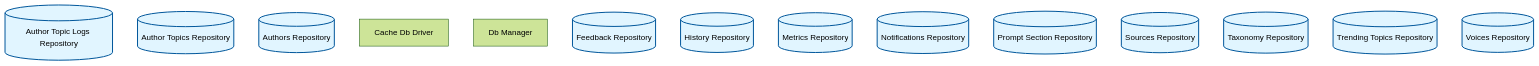
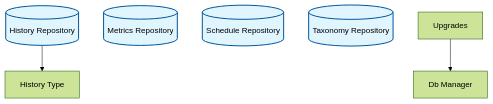
Before and after one commit to rpnunez/wp-ai-scheduler: diagram 15 of 19 in docs/feature-report.md, drawn with Mermaid (forest theme). The commit also changed other lines of this file and 2 other files, not shown here.

````diff
--- a/docs/feature-report.md
+++ b/docs/feature-report.md
@@ -418,25 +770,20 @@
 ```mermaid
 flowchart TD
-    %% Database Architecture
+    %% Database & Repositories Architecture
 
-    Author_Topic_Logs_Repository[("Author Topic Logs Repository")]
-    Author_Topics_Repository[("Author Topics Repository")]
-    Authors_Repository[("Authors Repository")]
-    Cache_Db_Driver["Cache Db Driver"]
     DB_Manager["Db Manager"]
-    Feedback_Repository[("Feedback Repository")]
     History_Repository[("History Repository")]
+    History_Type["History Type"]
     Metrics_Repository[("Metrics Repository")]
-    Notifications_Repository[("Notifications Repository")]
-    Prompt_Section_Repository[("Prompt Section Repository")]
-    Sources_Repository[("Sources Repository")]
+    Schedule_Repository[("Schedule Repository")]
     Taxonomy_Repository[("Taxonomy Repository")]
-    Trending_Topics_Repository[("Trending Topics Repository")]
-    Voices_Repository[("Voices Repository")]
+    Upgrades["Upgrades"]
 
+    History_Repository --> History_Type
+    Upgrades --> DB_Manager
 
     classDef repository fill:#e1f5ff,stroke:#01579b,stroke-width:2px
     classDef service fill:#fff3e0,stroke:#e65100,stroke-width:2px
     classDef controller fill:#f3e5f5,stroke:#4a148c,stroke-width:2px
-    class Author_Topic_Logs_Repository,Author_Topics_Repository,Authors_Repository,Feedback_Repository,History_Repository,Metrics_Repository,Notifications_Repository,Prompt_Section_Repository,Sources_Repository,Taxonomy_Repository,Trending_Topics_Repository,Voices_Repository repository
+    class History_Repository,Metrics_Repository,Schedule_Repository,Taxonomy_Repository repository
 ```
````
